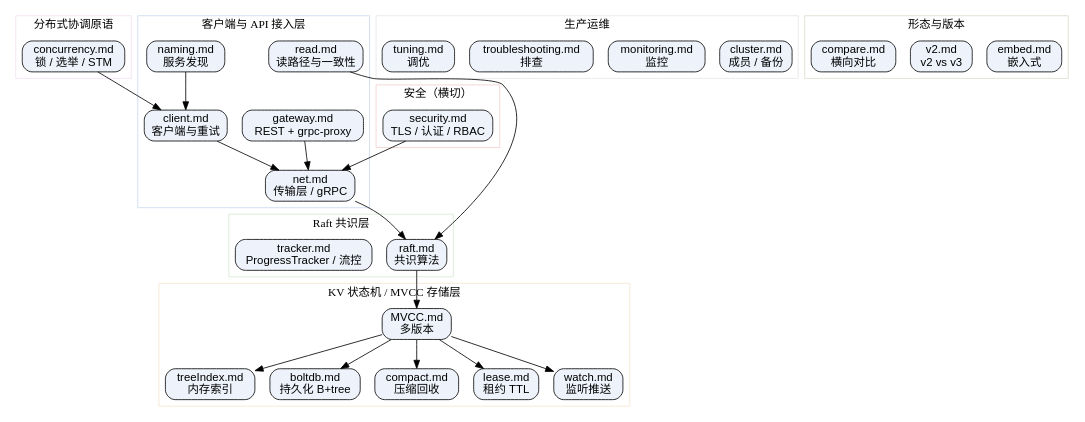
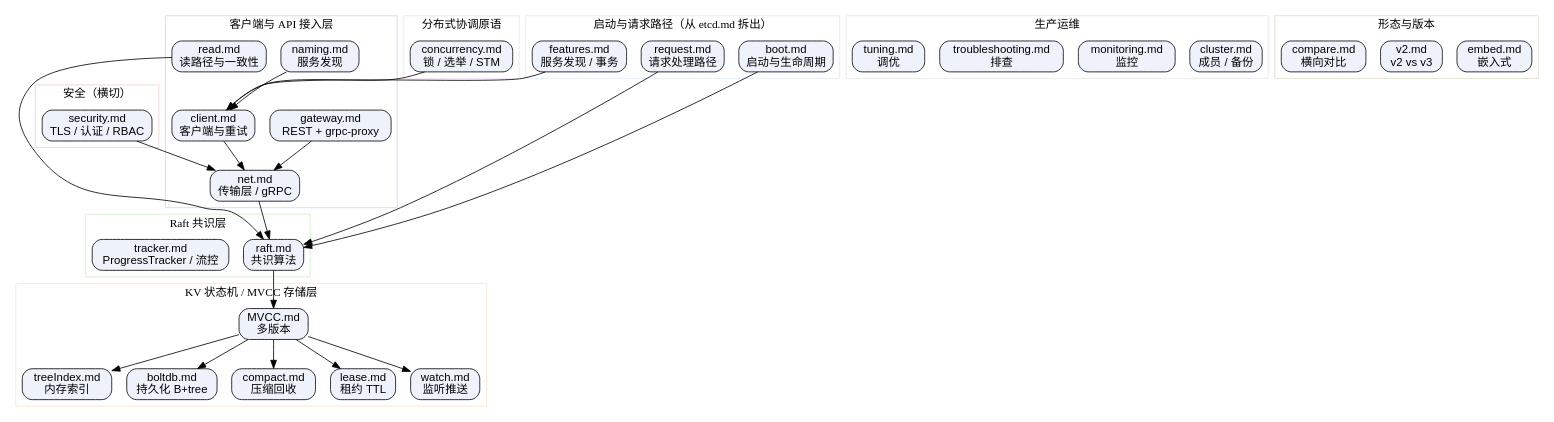
Before and after one commit to Robinpig/Note: the diagram in docs/CS/Framework/etcd/README.md, drawn with Graphviz. The commit also changed other lines of this file and 22 other files, not shown here.

````diff
--- a/docs/CS/Framework/etcd/README.md
+++ b/docs/CS/Framework/etcd/README.md
@@ -11,71 +11,81 @@
 ```dot
 digraph etcd_index {
   rankdir=TB;
   node [shape=box, style="rounded,filled", fillcolor="#eef3fb", fontname="Helvetica"];
   edge [color="#555", fontsize=10];
 
   subgraph cluster_api {
     label="客户端与 API 接入层";
     color="#c9d8ef";
     client   [label="client.md\n客户端与重试"];
     net      [label="net.md\n传输层 / gRPC"];
     gateway  [label="gateway.md\nREST + grpc-proxy"];
     naming   [label="naming.md\n服务发现"];
     read     [label="read.md\n读路径与一致性"];
   }
   subgraph cluster_raft {
     label="Raft 共识层";
     color="#d6ead0";
     raft    [label="raft.md\n共识算法"];
     tracker [label="tracker.md\nProgressTracker / 流控"];
   }
   subgraph cluster_store {
     label="KV 状态机 / MVCC 存储层";
     color="#f6e4cf";
     mvcc    [label="MVCC.md\n多版本"];
     tree    [label="treeIndex.md\n内存索引"];
     bolt    [label="boltdb.md\n持久化 B+tree"];
     compact [label="compact.md\n压缩回收"];
     lease   [label="lease.md\n租约 TTL"];
     watch   [label="watch.md\n监听推送"];
   }
   subgraph cluster_coord {
     label="分布式协调原语";
     color="#efe0ef";
     conc    [label="concurrency.md\n锁 / 选举 / STM"];
   }
   subgraph cluster_sec {
     label="安全（横切）";
     color="#f2cfcf";
     sec     [label="security.md\nTLS / 认证 / RBAC"];
   }
   subgraph cluster_ops {
     label="生产运维";
     color="#e6e6e6";
     cluster [label="cluster.md\n成员 / 备份"];
     monitor [label="monitoring.md\n监控"];
     trouble [label="troubleshooting.md\n排查"];
     tuning  [label="tuning.md\n调优"];
   }
   subgraph cluster_form {
     label="形态与版本";
     color="#dcdcc9";
     embed   [label="embed.md\n嵌入式"];
     v2      [label="v2.md\nv2 vs v3"];
     compare [label="compare.md\n横向对比"];
   }
+  subgraph cluster_boot {
+    label="启动与请求路径（从 etcd.md 拆出）";
+    color="#dfeaf5";
+    boot    [label="boot.md\n启动与生命周期"];
+    req     [label="request.md\n请求处理路径"];
+    feat    [label="features.md\n服务发现 / 事务"];
+  }
 
   client -> net -> raft;
   gateway -> net;
   naming -> client;
   read -> raft;
   raft -> mvcc;
   mvcc -> tree;
   mvcc -> bolt;
   mvcc -> compact;
   mvcc -> lease;
   mvcc -> watch;
   conc -> client;
   sec -> net;
+  boot -> raft;
+  req -> raft;
+  feat -> client;
 }
 ```
````
